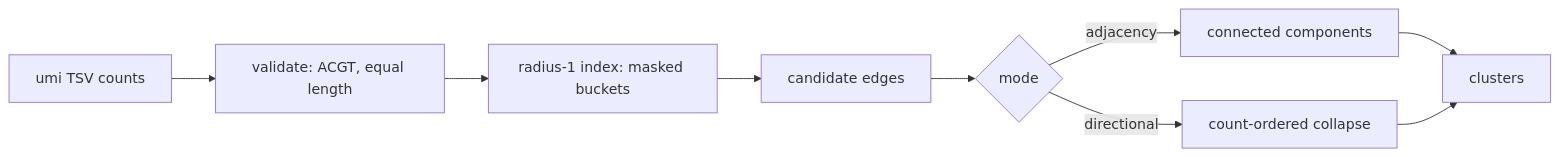
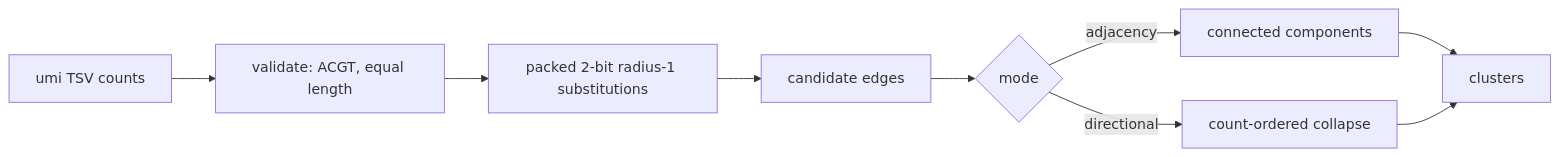
One commit to bmouler/umi-collapse changed the diagram in README.md. Above: the diagram before and after it, drawn with Mermaid. The commit also changed other lines of this file and 4 other files, not shown here.

Commit message:
Index radius-one UMI neighbors

````diff
--- a/README.md
+++ b/README.md
@@ -67,3 +67,3 @@
 ```mermaid
-flowchart LR; I[umi TSV counts] --> V[validate: ACGT, equal length]; V --> N[radius-1 index: masked buckets]; N --> E[candidate edges]; E --> D{mode}; D -->|adjacency| CC[connected components]; D -->|directional| DI[count-ordered collapse]; CC --> O[clusters]; DI --> O
+flowchart LR; I[umi TSV counts] --> V[validate: ACGT, equal length]; V --> N[packed 2-bit radius-1 substitutions]; N --> E[candidate edges]; E --> D{mode}; D -->|adjacency| CC[connected components]; D -->|directional| DI[count-ordered collapse]; CC --> O[clusters]; DI --> O
 ```
````
